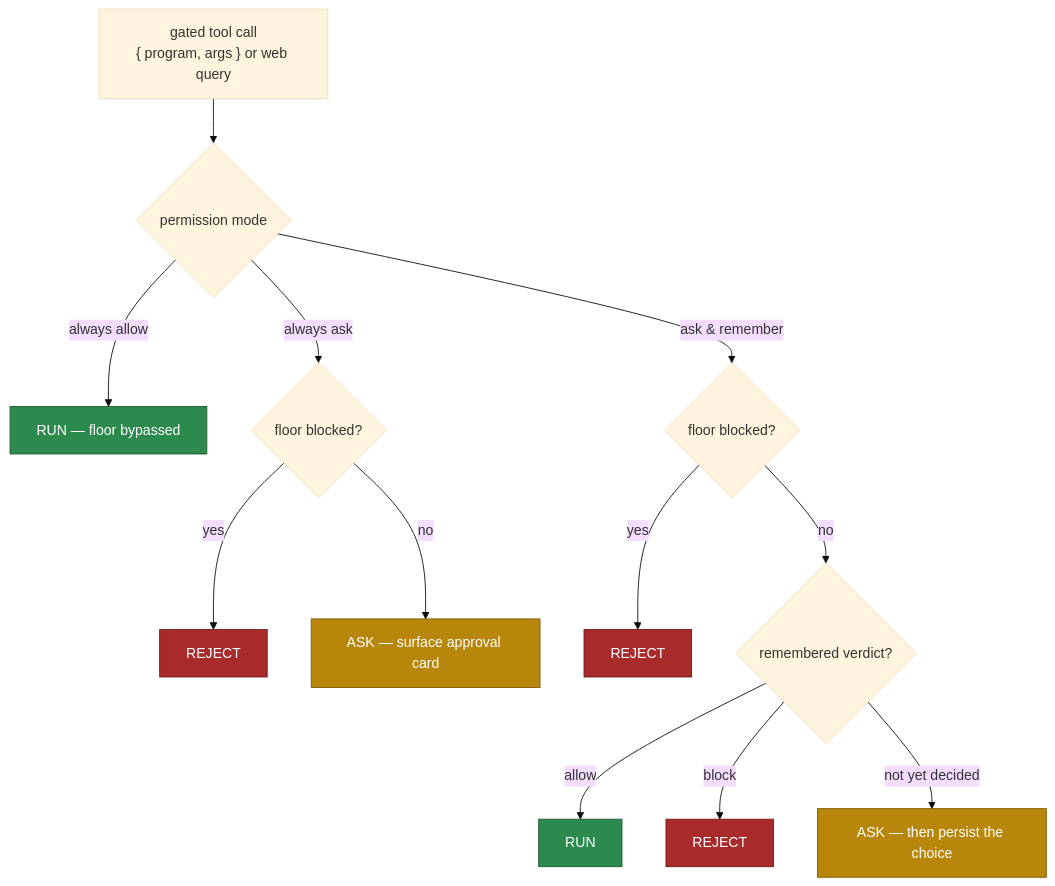
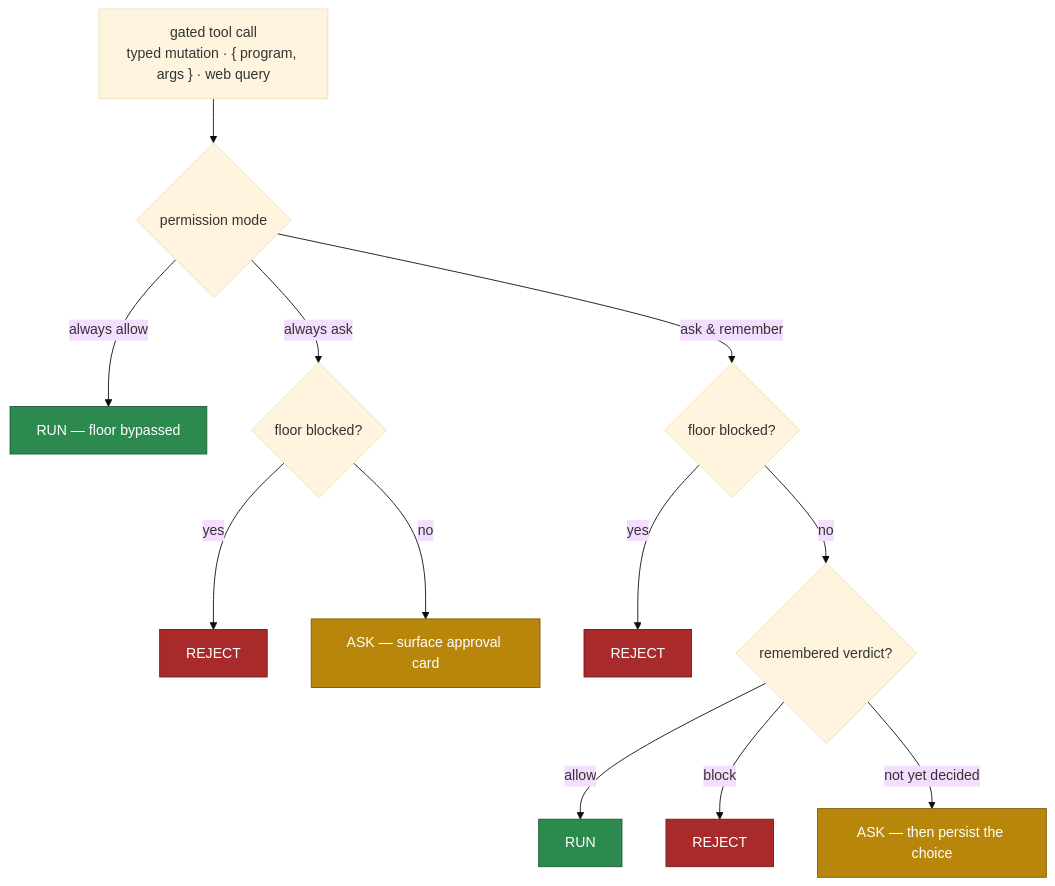
The third of 5 diagrams in docs/architecture/ai-subsystem.md (iongion/container-desktop), drawn with Mermaid (base theme) before and after one commit. The commit also changed other lines of this file and 39 other files, not shown here.

````diff
--- a/docs/architecture/ai-subsystem.md
+++ b/docs/architecture/ai-subsystem.md
@@ -147,18 +150,18 @@
 ```mermaid
 flowchart TD
-  call["gated tool call<br/>{ program, args } or web query"] --> mode{permission mode}
+  call["gated tool call<br/>typed mutation · { program, args } · web query"] --> mode{permission mode}
   mode -->|always allow| runX["RUN — floor bypassed"]:::run
   mode -->|always ask| fA{floor blocked?}
   mode -->|ask &amp; remember| fR{floor blocked?}
   fA -->|yes| rej1["REJECT"]:::rej
   fA -->|no| ask1["ASK — surface approval card"]:::ask
   fR -->|yes| rej2["REJECT"]:::rej
   fR -->|no| cv{remembered verdict?}
   cv -->|allow| run2["RUN"]:::run
   cv -->|block| rej3["REJECT"]:::rej
   cv -->|not yet decided| askp["ASK — then persist the choice"]:::ask
 
   classDef run fill:#2d8a4e,color:#fff,stroke:#1c5a32;
   classDef ask fill:#b8860b,color:#fff,stroke:#7a5a07;
   classDef rej fill:#a82a2a,color:#fff,stroke:#6d1c1c;
 ```
````
